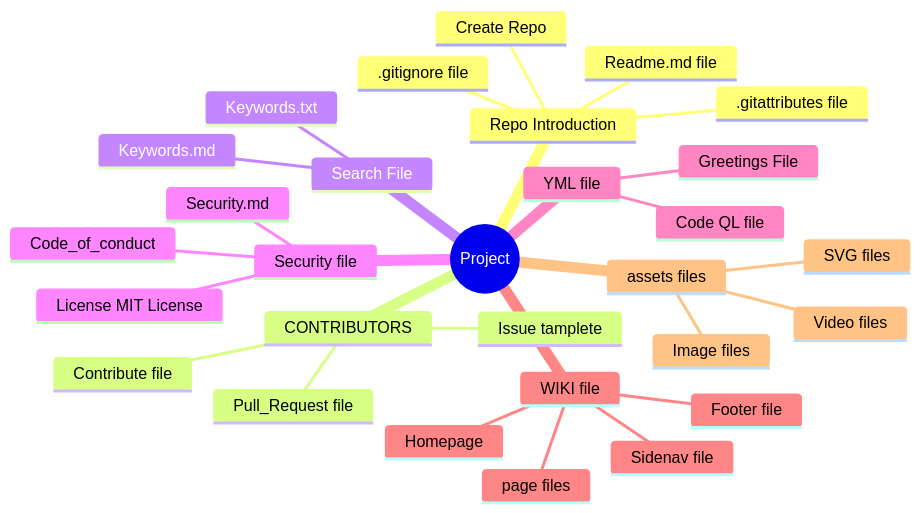
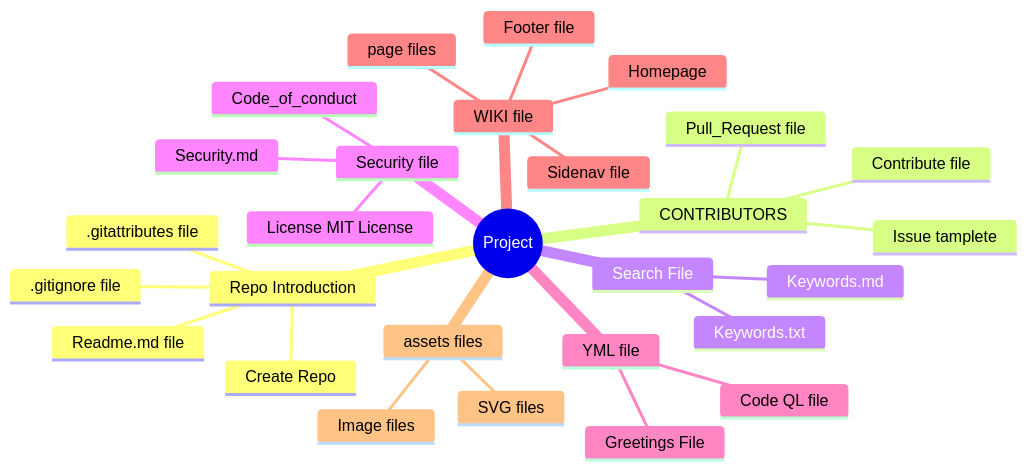
Before and after one commit to iamAntimPal/Web-Designing: the second of 2 diagrams in README.md, drawn with Mermaid.

````diff
--- a/README.md
+++ b/README.md
@@ -32,32 +32,31 @@
 ```Mermaid
 mindmap
 root((Project))
      Repo Introduction
           Create Repo
           Readme.md file
           .gitattributes file
           .gitignore file
      CONTRIBUTORS
           Contribute file
           Issue tamplete
           Pull_Request file
      Search File
           Keywords.txt
           Keywords.md  
      Security file
           License MIT License     
           Code_of_conduct
           Security.md
      YML file
           Greetings File
           Code QL file
      WIKI file
           Homepage
           Footer file
           Sidenav file
           page files
      assets files
           Image files
           SVG files
-          Video files
 ```
````
